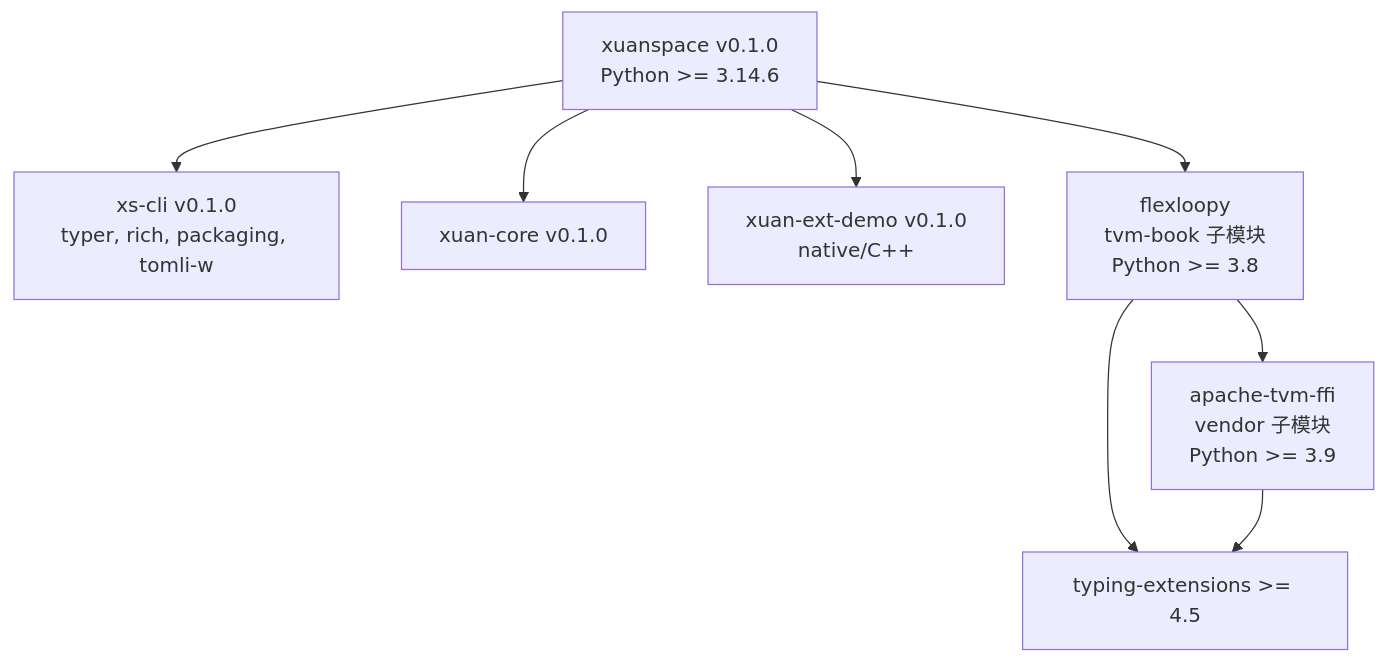
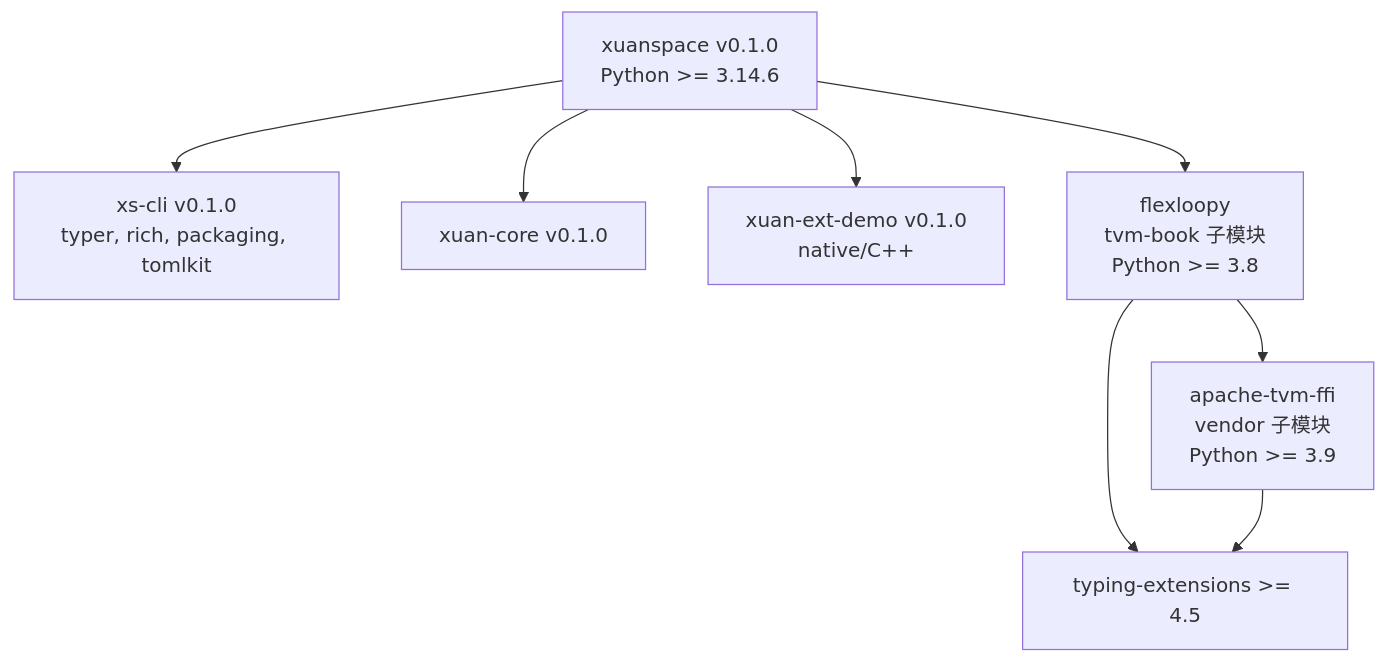
One commit to xinetzone/xuanspace changed the diagram in doc/dependency-report.md. Above: the diagram before and after it, drawn with Mermaid. The commit also changed other lines of this file and 6 other files, not shown here.

First line of the commit message:
refactor(xs): TOML 写入库由 tomli-w 切换为 tomlkit

````diff
--- a/doc/dependency-report.md
+++ b/doc/dependency-report.md
@@ -50,18 +50,18 @@
 ```mermaid
 graph TD
     ROOT[xuanspace v0.1.0<br/>Python >= 3.14.6]
-    XS[xs-cli v0.1.0<br/>typer, rich, packaging, tomli-w]
+    XS[xs-cli v0.1.0<br/>typer, rich, packaging, tomlkit]
     XC[xuan-core v0.1.0]
     XED[xuan-ext-demo v0.1.0<br/>native/C++]
     FL[flexloopy<br/>tvm-book 子模块<br/>Python >= 3.8]
     FFI[apache-tvm-ffi<br/>vendor 子模块<br/>Python >= 3.9]
     TE[typing-extensions >= 4.5]
 
     ROOT --> XS
     ROOT --> XC
     ROOT --> XED
     ROOT --> FL
     FL --> FFI
     FL --> TE
     FFI --> TE
 ```
````
